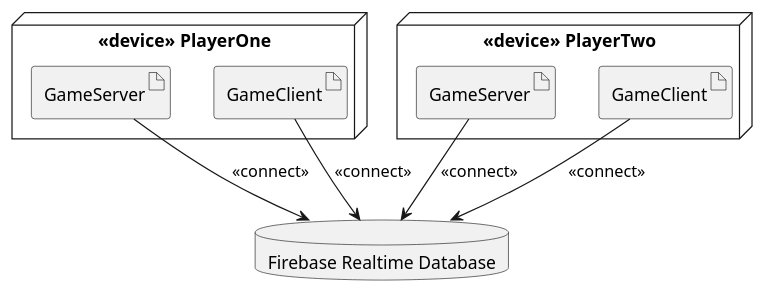
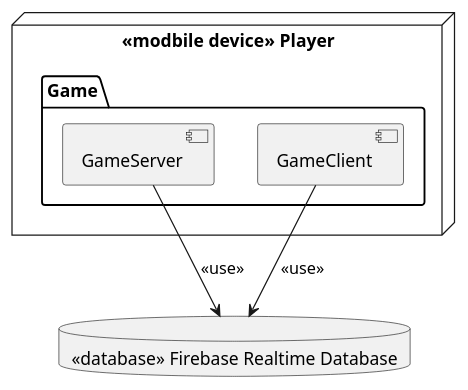
One commit to SverreNystad/besieged changed the diagram in docs/diagrams/deploymeny-diagram.puml. Above: the diagram before and after it, drawn with PlantUML.

Commit message:
Change some names and make package

```diff
--- a/docs/diagrams/deploymeny-diagram.puml
+++ b/docs/diagrams/deploymeny-diagram.puml
@@ -1,18 +1,15 @@
 @startuml
 
-node "<<device>> PlayerOne" as PlayerOne {
-    artifact "GameServer" as P1GameServer
-    artifact "GameClient" as P1GameClient
+node "<<modbile device>> Player" as PlayerOne {
+    package "Game" {
+        component "GameServer" as P1GameServer
+        component "GameClient" as P1GameClient
+    }
 }
-node "<<device>> PlayerTwo" as PlayerTwo {
-    artifact "GameServer" as P2GameServer
-    artifact "GameClient" as P2GameClient
-}
-database "Firebase Realtime Database" as Firebase
 
-P1GameClient --> Firebase : <<connect>>
-P1GameServer --> Firebase : <<connect>>
-P2GameClient --> Firebase : <<connect>>
-P2GameServer --> Firebase : <<connect>>
+database "<<database>> Firebase Realtime Database" as Firebase
+
+P1GameClient --> Firebase : <<use>>
+P1GameServer --> Firebase : <<use>>
 
 @enduml
```
